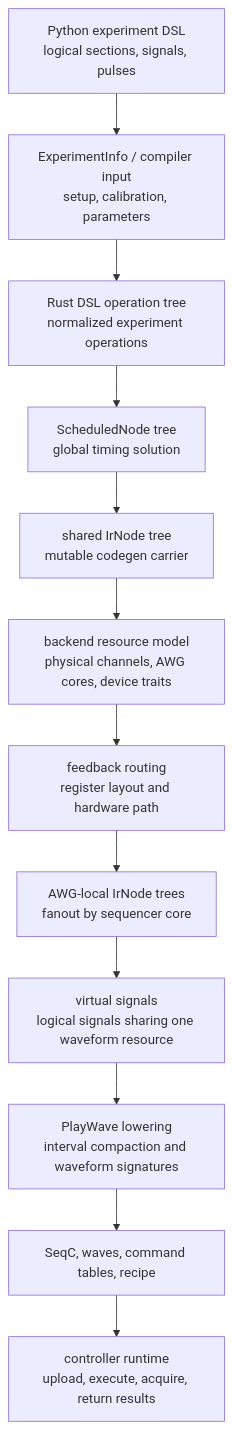
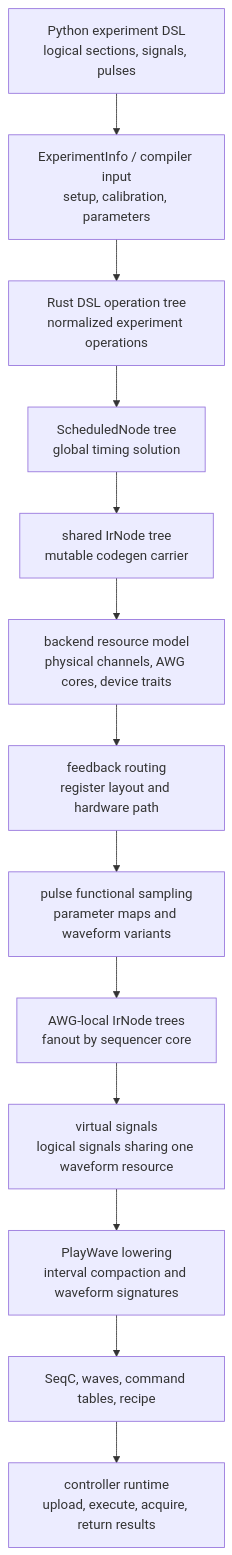
Before and after one commit to brianzi/laboneq-devguide: the diagram in docs/index.md, drawn with Mermaid. The commit also changed other lines of this file and 3 other files, not shown here.

Commit message:
Document pulse functional sweep lowering

````diff
--- a/docs/index.md
+++ b/docs/index.md
@@ -7,14 +7,15 @@
 ```mermaid
 graph TD
     A[Python experiment DSL\nlogical sections, signals, pulses] --> B[ExperimentInfo / compiler input\nsetup, calibration, parameters]
     B --> C[Rust DSL operation tree\nnormalized experiment operations]
     C --> D[ScheduledNode tree\nglobal timing solution]
     D --> E[shared IrNode tree\nmutable codegen carrier]
     E --> F[backend resource model\nphysical channels, AWG cores, device traits]
     F --> FB[feedback routing\nregister layout and hardware path]
-    FB --> G[AWG-local IrNode trees\nfanout by sequencer core]
+    FB --> PF[pulse functional sampling\nparameter maps and waveform variants]
+    PF --> G[AWG-local IrNode trees\nfanout by sequencer core]
     G --> H[virtual signals\nlogical signals sharing one waveform resource]
     H --> I[PlayWave lowering\ninterval compaction and waveform signatures]
     I --> J[SeqC, waves, command tables, recipe]
     J --> K[controller runtime\nupload, execute, acquire, return results]
 ```
````
